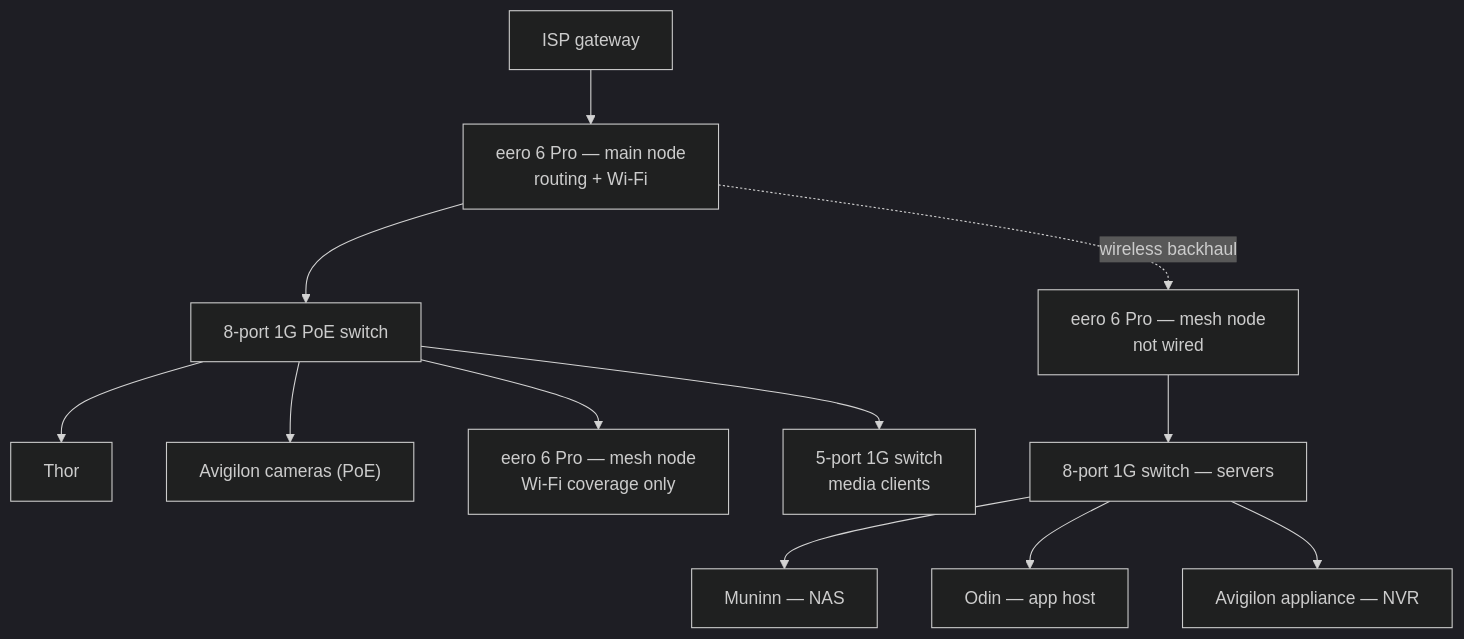
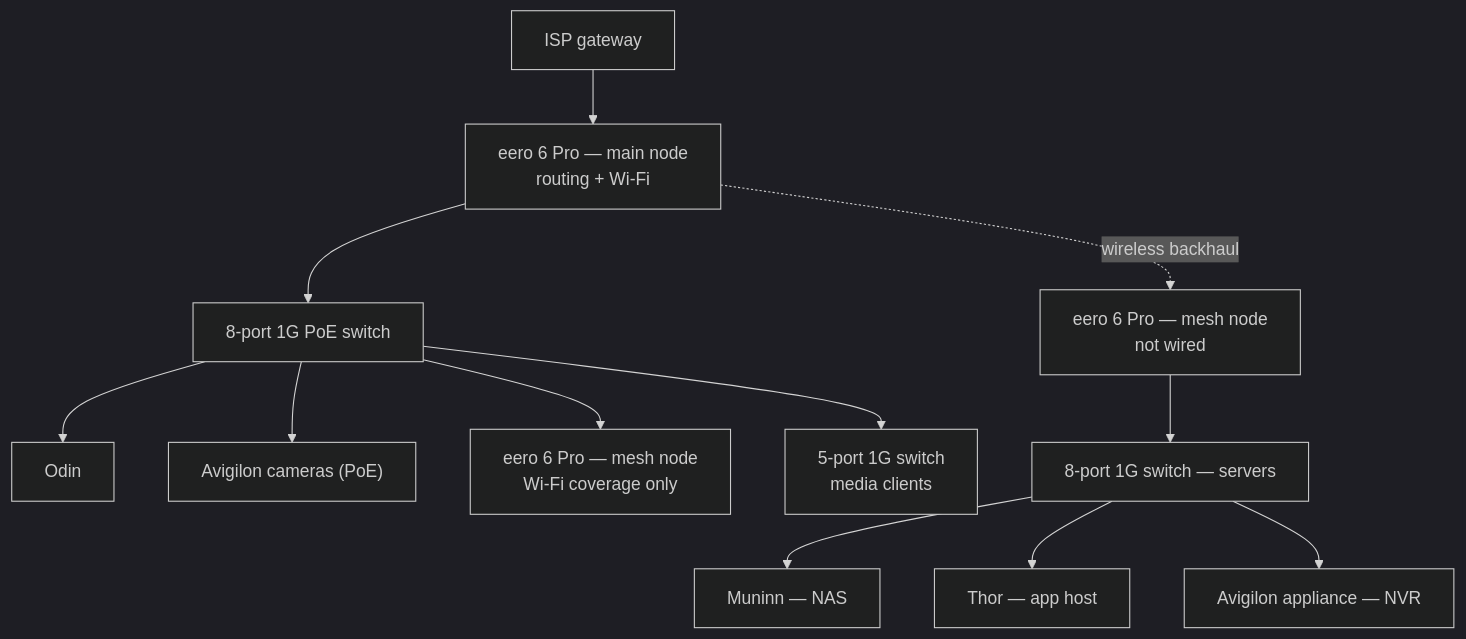
One commit to bjschnell/NoPlaceLikeHomelab changed the first of 2 diagrams in NETWORK.md. Above: the diagram before and after it, drawn with Mermaid (dark theme). The commit also changed other lines of this file and 7 other files, not shown here.

Commit message:
docs: update for Nov 2026 fleet renames (Thor/Odin swap, new Heimdall HP)

````diff
--- a/NETWORK.md
+++ b/NETWORK.md
@@ -15,16 +15,16 @@
 ```mermaid
 flowchart TD
     ISP[ISP gateway] --> EERO1["eero 6 Pro — main node<br/>routing + Wi-Fi"]
     EERO1 --> POE["8-port 1G PoE switch"]
 
-    POE --> THOR[Thor]
+    POE --> ODIN[Odin]
     POE --> CAMS["Avigilon cameras (PoE)"]
     POE --> EERO2["eero 6 Pro — mesh node<br/>Wi-Fi coverage only"]
     POE --> MEDIA["5-port 1G switch<br/>media clients"]
 
     EERO1 -. wireless backhaul .-> EERO3["eero 6 Pro — mesh node<br/>not wired"]
     EERO3 --> SRV["8-port 1G switch — servers"]
     SRV --> MUNINN[Muninn — NAS]
-    SRV --> ODIN[Odin — app host]
+    SRV --> THOR[Thor — app host]
     SRV --> NVR[Avigilon appliance — NVR]
 ```
````
